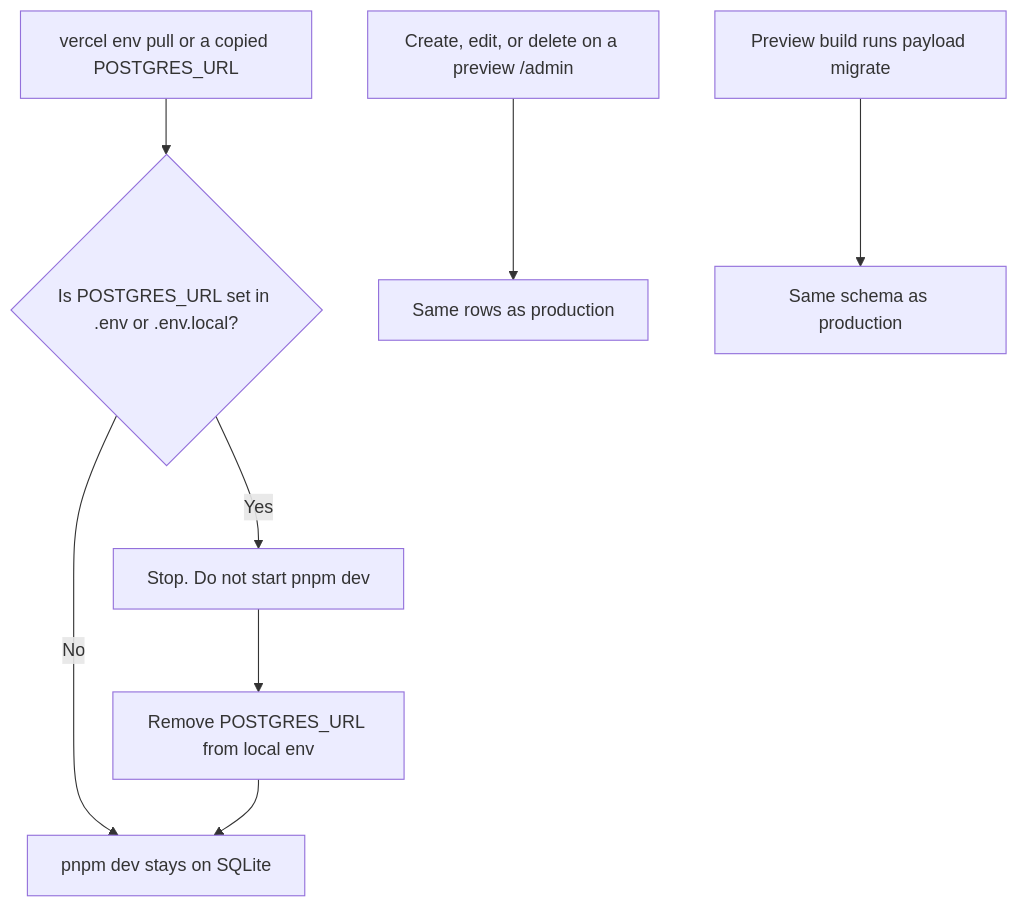
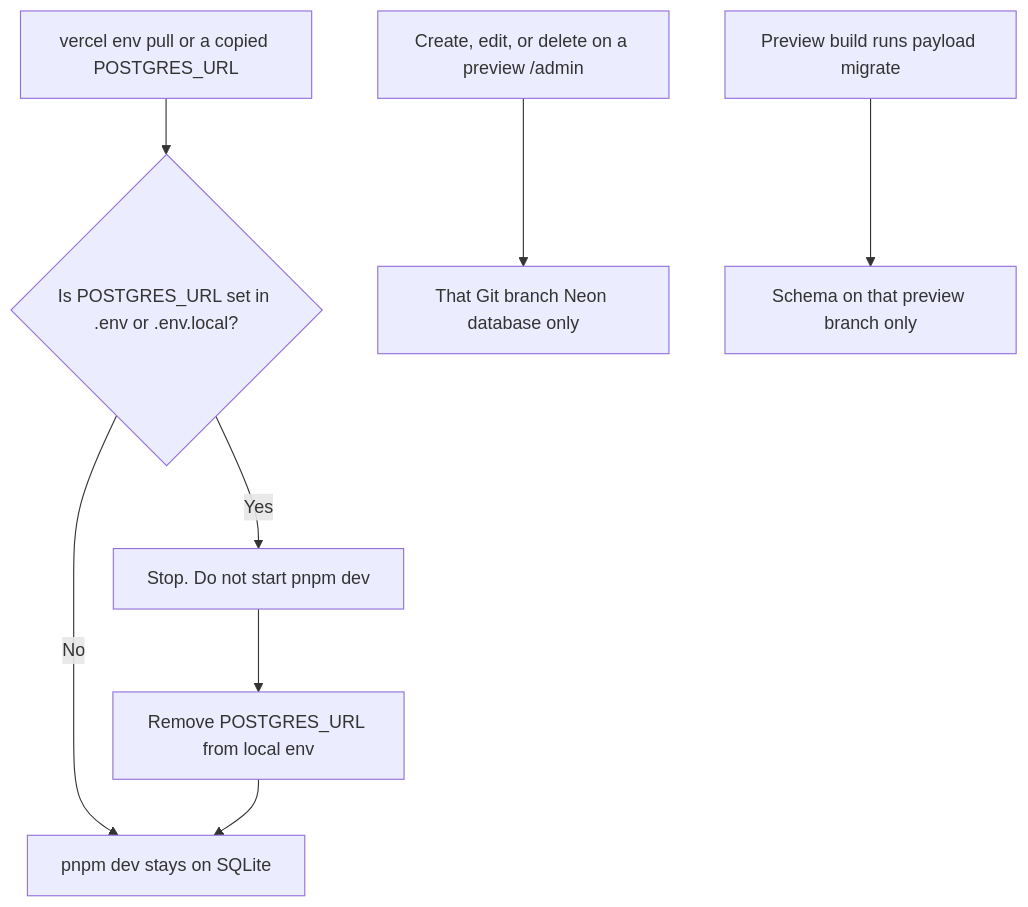
One commit to rhyanvargas/rhyan-portfolio-website changed the second of 3 diagrams in docs/developer-runbook.md. Above: the diagram before and after it, drawn with Mermaid. The commit also changed other lines of this file and 7 other files, not shown here.

````diff
--- a/docs/developer-runbook.md
+++ b/docs/developer-runbook.md
@@ -102,11 +102,11 @@
 ```mermaid
 flowchart TD
   pull["vercel env pull or a copied POSTGRES_URL"] --> check{"Is POSTGRES_URL set in .env or .env.local?"}
   check -->|"No"| safe["pnpm dev stays on SQLite"]
   check -->|"Yes"| stop["Stop. Do not start pnpm dev"]
   stop --> remove["Remove POSTGRES_URL from local env"]
   remove --> safe
 
-  previewAdmin["Create, edit, or delete on a preview /admin"] --> live["Same rows as production"]
-  migrate["Preview build runs payload migrate"] --> schema["Same schema as production"]
+  previewAdmin["Create, edit, or delete on a preview /admin"] --> branchDb["That Git branch Neon database only"]
+  migrate["Preview build runs payload migrate"] --> schema["Schema on that preview branch only"]
 ```
````
